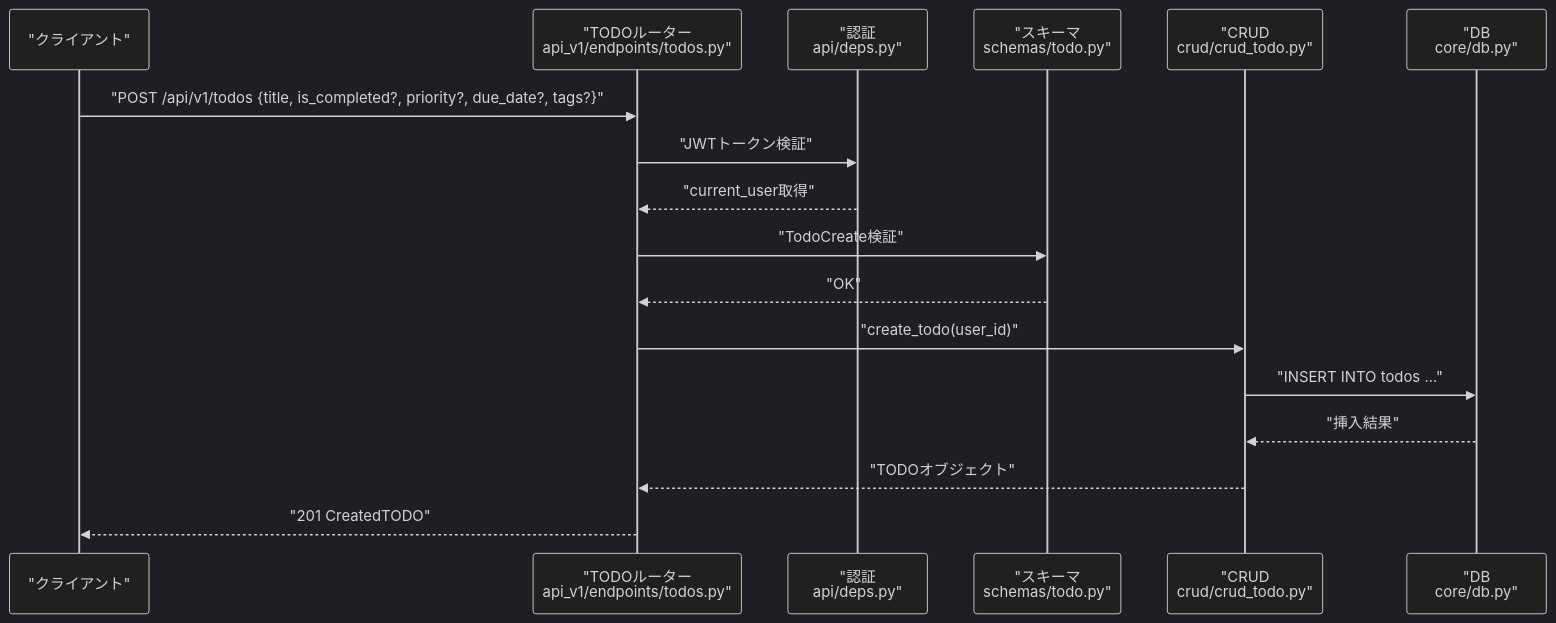
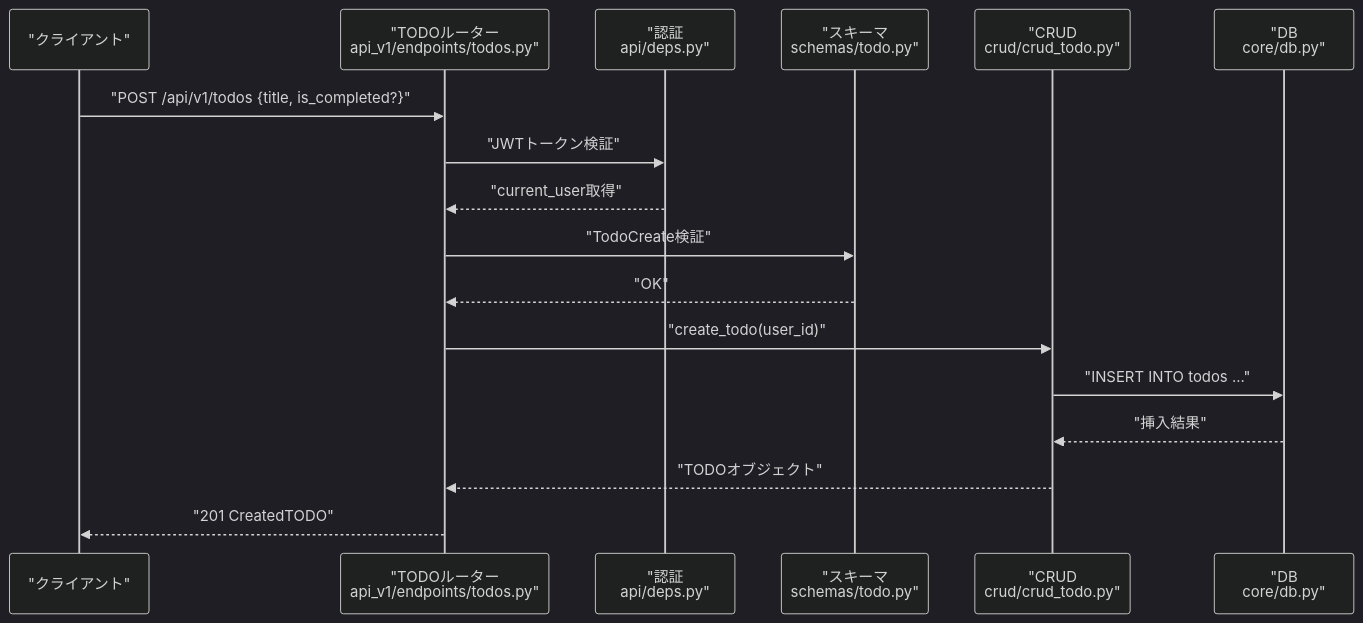
The fourth of 7 diagrams in .qoder/repowiki/ja/content/APIリファレンス/TODO管理API.md (ss8806/Todos), drawn with Mermaid (dark theme) before and after one commit. The commit also changed other lines of this file and 17 other files, not shown here.

````diff
--- a/.qoder/repowiki/ja/content/APIリファレンス/TODO管理API.md
+++ b/.qoder/repowiki/ja/content/APIリファレンス/TODO管理API.md
@@ -305,19 +298,19 @@
 ```mermaid
 sequenceDiagram
 participant C as "クライアント"
 participant R as "TODOルーター<br/>api_v1/endpoints/todos.py"
 participant A as "認証<br/>api/deps.py"
 participant V as "スキーマ<br/>schemas/todo.py"
 participant U as "CRUD<br/>crud/crud_todo.py"
 participant D as "DB<br/>core/db.py"
-C->>R : "POST /api/v1/todos {title, is_completed?, priority?, due_date?, tags?}"
+C->>R : "POST /api/v1/todos {title, is_completed?}"
 R->>A : "JWTトークン検証"
 A-->>R : "current_user取得"
 R->>V : "TodoCreate検証"
 V-->>R : "OK"
 R->>U : "create_todo(user_id)"
 U->>D : "INSERT INTO todos ..."
 D-->>U : "挿入結果"
 U-->>R : "TODOオブジェクト"
 R-->>C : "201 CreatedTODO"
 ```
````
